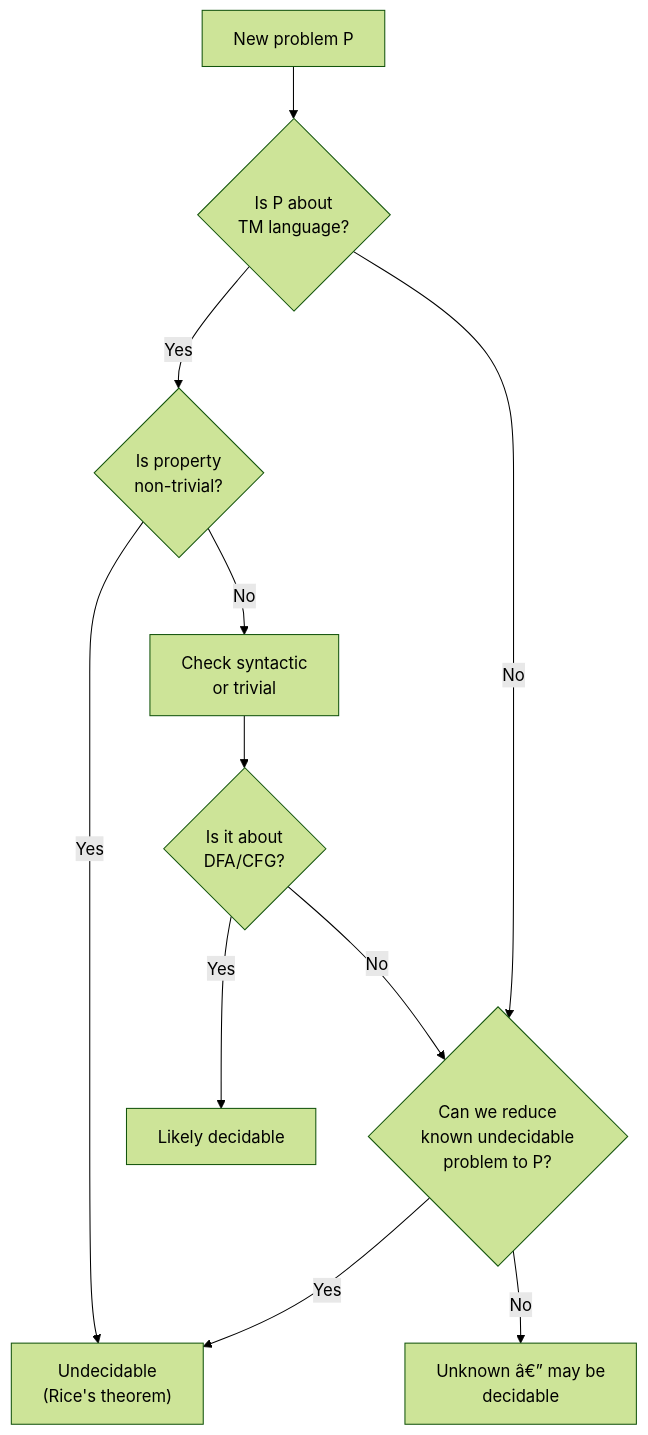
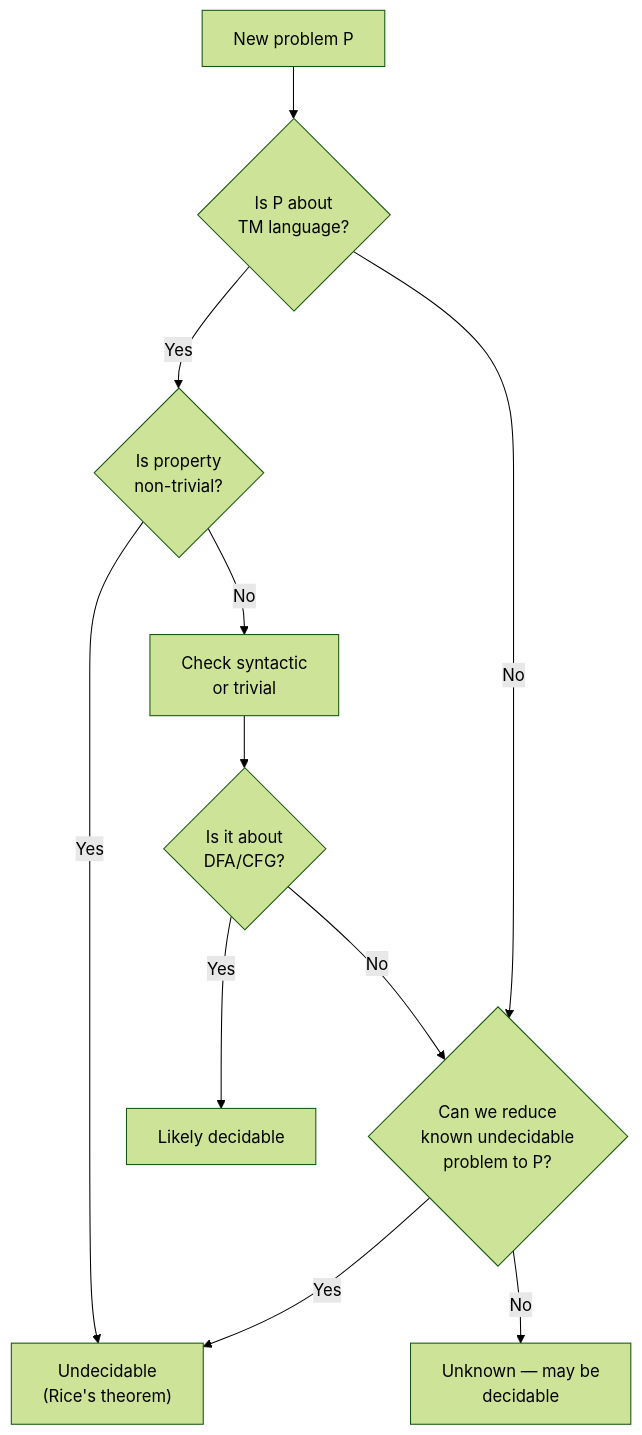
The third of 3 diagrams in docs/courses/theory-of-computation/11-decidability.md (Raushan666java/ai-engineering-journey), drawn with Mermaid (forest theme) before and after one commit. The commit also changed other lines of this file and 965 other files, not shown here.

````diff
--- a/docs/courses/theory-of-computation/11-decidability.md
+++ b/docs/courses/theory-of-computation/11-decidability.md
@@ -881,13 +881,13 @@
 ```mermaid
 flowchart TD
     A["New problem P"] --> B{Is P about<br/>TM language?}
     B -->|Yes| C{Is property<br/>non-trivial?}
     C -->|Yes| D["Undecidable<br/>(Rice's theorem)"]
     C -->|No| E["Check syntactic<br/>or trivial"]
     B -->|No| F{Can we reduce<br/>known undecidable<br/>problem to P?}
     F -->|Yes| D
-    F -->|No| G["Unknown â€” may be<br/>decidable"]
+    F -->|No| G["Unknown — may be<br/>decidable"]
     E --> H{Is it about<br/>DFA/CFG?}
     H -->|Yes| I["Likely decidable"]
     H -->|No| F
 ```
````
